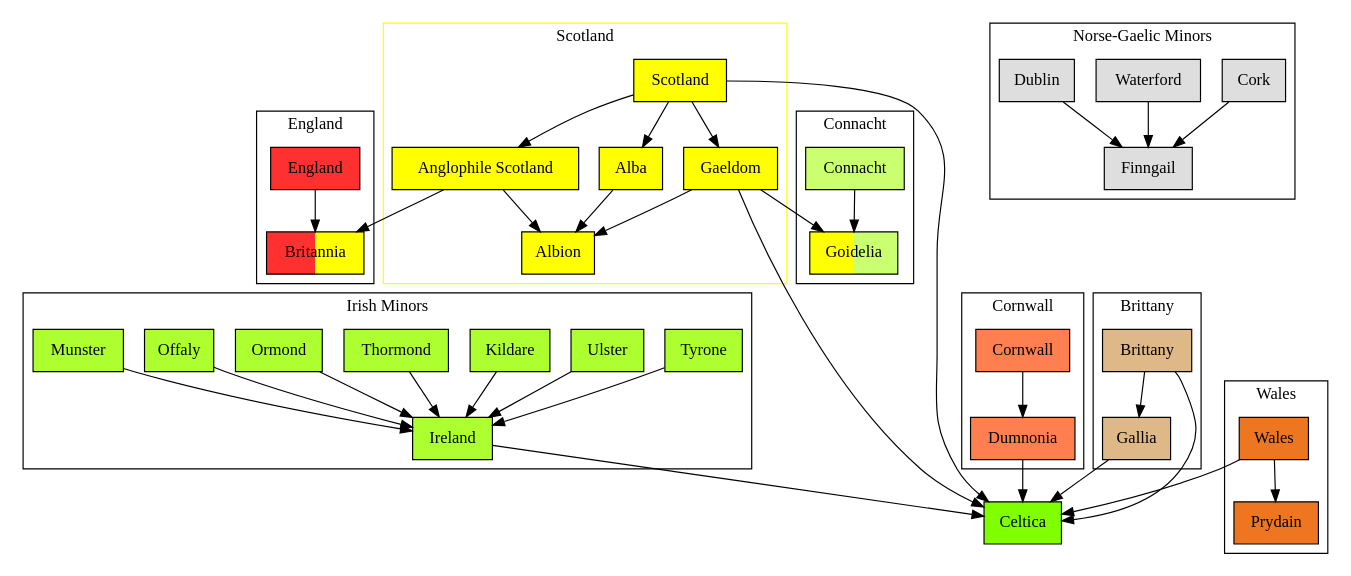
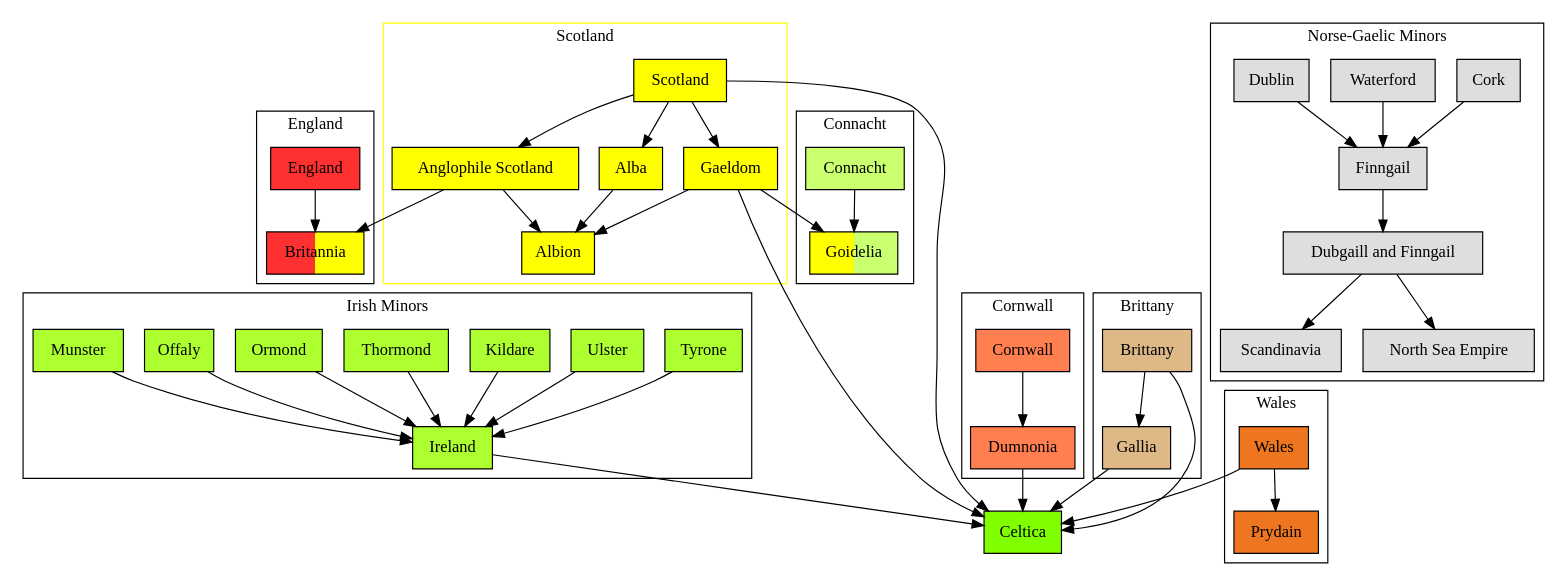
One commit to maxice8/ab changed the diagram in pendragon+celtic-formables.dot. Above: the diagram before and after it, drawn with Graphviz. The commit also changed other lines of this file and 1 other file, not shown here.

```diff
--- a/pendragon+celtic-formables.dot
+++ b/pendragon+celtic-formables.dot
@@ -1,127 +1,130 @@
 # http://www.graphviz.org/content/cluster
 
 digraph Formables {
     
     node[shape=rectangle]
     
     gbr[label="Britannia"]
     gbr[style=filled]
     gbr[fillcolor="firebrick1;0.5:yellow"]
     
     goi[label="Goidelia"]
     goi[style=filled]
     goi[fillcolor="yellow;0.5:darkolivegreen1"]
     
     subgraph cluster_0 {
         color = yellow
         
         node [style=filled]
         node [fillcolor=yellow]
         
         Paths[label="Scotland"]
         
         sco[label="Anglophile Scotland"]
         alba[label="Alba"]
         gae[label="Gaeldom"]
         
         Paths->sco
         Paths->alba
         Paths->gae
         
         alba->Albion
         
         sco->Albion
         
         gae->Albion
         
         label = "Scotland"
     }
     
     sco->gbr
     gae->goi
     
     subgraph cluster_1 {
      label = "England"
      
      node [style=filled]
      node [fillcolor=firebrick1]
      
      eng[label="England"]
         eng->gbr
     }
     
     
     subgraph cluster_2 {
         
         node[style=filled]
         node[fillcolor=greenyellow]
         
         Tyrone->Ireland
         Ulster->Ireland
         Kildare->Ireland
         Thormond->Ireland
         Ormond->Ireland
         Offaly->Ireland
         Munster->Ireland
         label="Irish Minors"
         
     }
     
     subgraph cluster_3 {
         node [style=filled]
         node [fillcolor=darkolivegreen1]
         Connacht->goi
         label="Connacht"
     }
     
     subgraph cluster_4 {
         node [style=filled]
         node [fillcolor=gray87]
         
         Cork->Finngail
         Waterford->Finngail
         Dublin->Finngail
+        Finngail->"Dubgaill and Finngail"
+        "Dubgaill and Finngail"->Scandinavia
+        "Dubgaill and Finngail"->"North Sea Empire"
         label="Norse-Gaelic Minors"
     }
     
     subgraph cluster_5 {
         node[style=filled]
         node [fillcolor=chocolate2]
         
         label="Wales"
         Wales->Prydain
     }
     
     subgraph cluster_6 {
         node[style=filled]
         node[fillcolor=coral]
         
         Cornwall->Dumnonia
         label="Cornwall"
     }
     
     subgraph cluster_7 {
         node[style=filled]
         node[fillcolor=burlywood]
         
         Brittany->Gallia
         label="Brittany"
     }
     
     Albion->Munster[style=invis]
     #Finngail->Wales[style=invis]
     #Finngail->Cornwall[style=invis]
     
     clt[label="Celtica"]
     clt[style=filled]
     clt[fillcolor=chartreuse]
     
     Paths->clt
     Ireland->clt
     Dumnonia->clt
     Wales->clt
     Brittany->clt
     Gallia->clt
     gae->clt
     
 }
```
